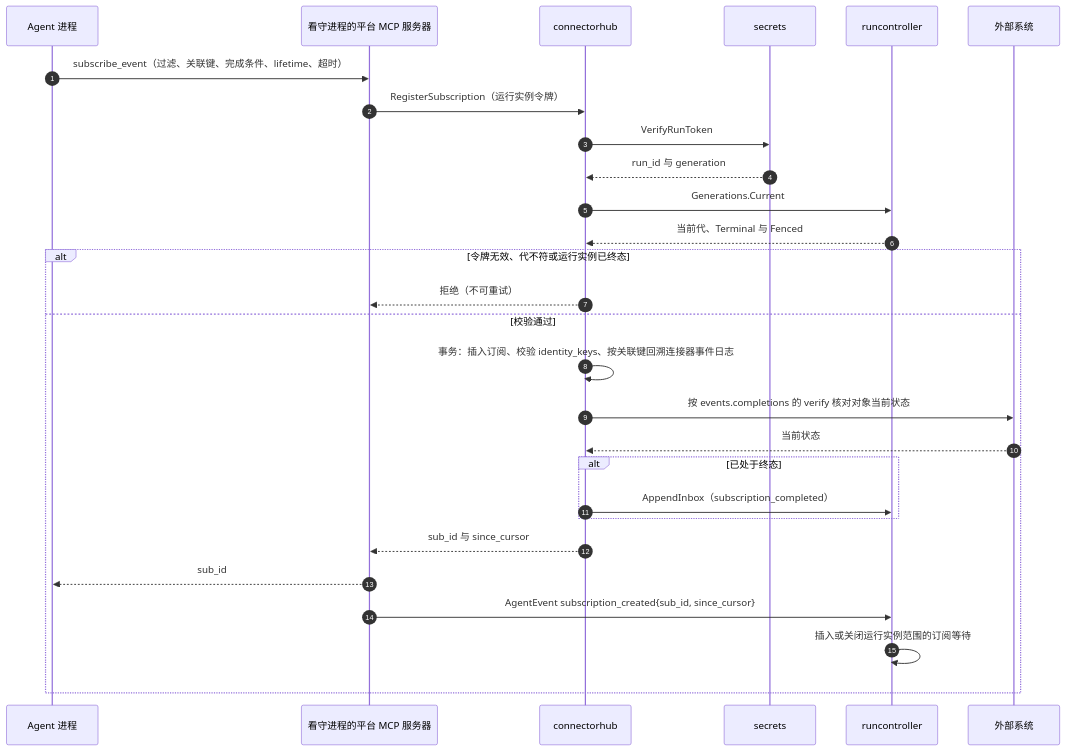
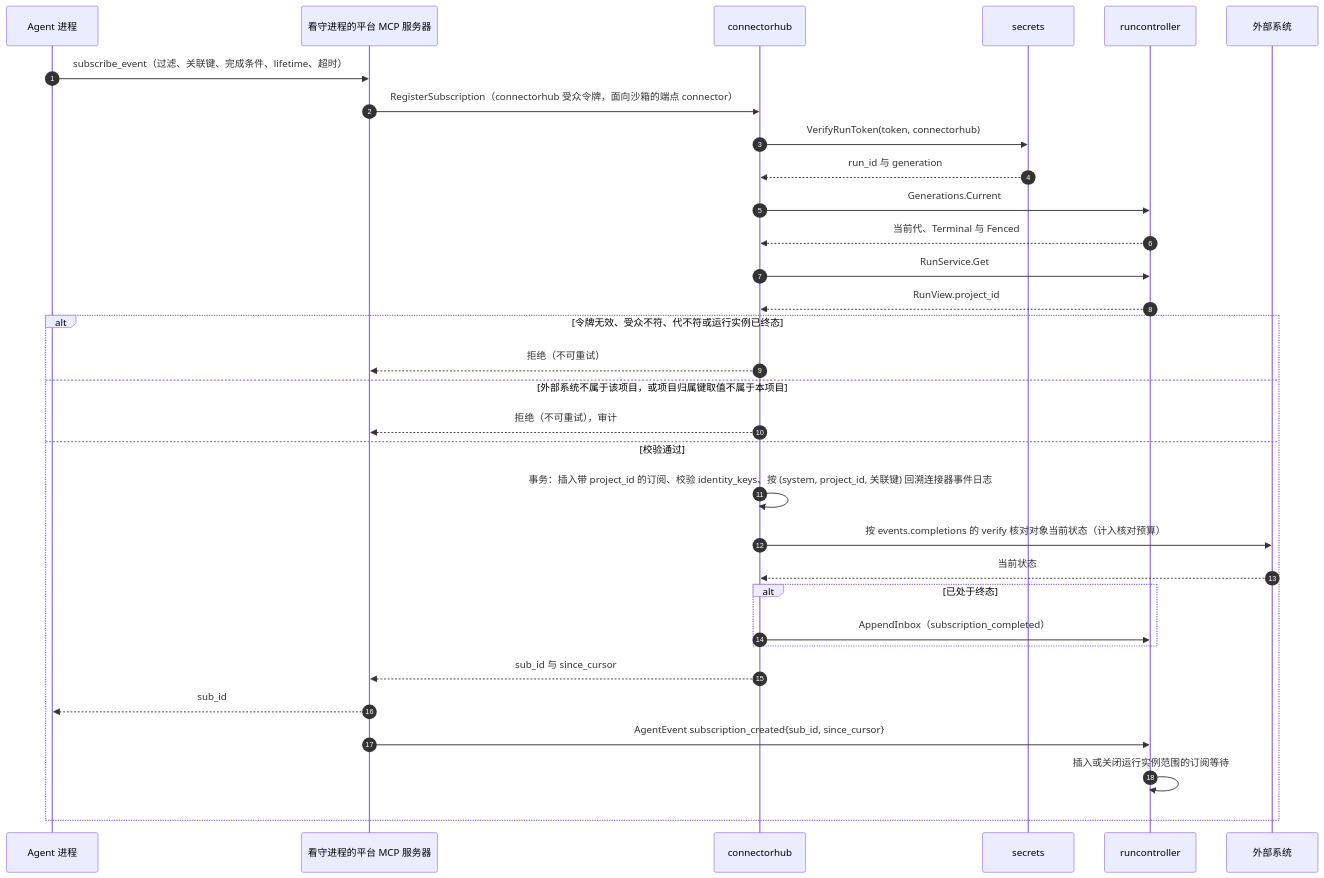
Before and after one commit to wangzw/castworks: the second of 4 diagrams in docs/design/modules/connectorhub/design-connectorhub.md, drawn with Mermaid. The commit also changed other lines of this file and 29 other files, not shown here.

````diff
--- a/docs/design/modules/connectorhub/design-connectorhub.md
+++ b/docs/design/modules/connectorhub/design-connectorhub.md
@@ -433,30 +497,34 @@
 ```mermaid
 sequenceDiagram
     autonumber
     participant A as Agent 进程
     participant W as 看守进程的平台 MCP 服务器
     participant C as connectorhub
     participant S as secrets
     participant R as runcontroller
     participant X as 外部系统
     A->>W: subscribe_event（过滤、关联键、完成条件、lifetime、超时）
-    W->>C: RegisterSubscription（运行实例令牌）
-    C->>S: VerifyRunToken
+    W->>C: RegisterSubscription（connectorhub 受众令牌，面向沙箱的端点 connector）
+    C->>S: VerifyRunToken(token, connectorhub)
     S-->>C: run_id 与 generation
     C->>R: Generations.Current
     R-->>C: 当前代、Terminal 与 Fenced
-    alt 令牌无效、代不符或运行实例已终态
+    C->>R: RunService.Get
+    R-->>C: RunView.project_id
+    alt 令牌无效、受众不符、代不符或运行实例已终态
         C-->>W: 拒绝（不可重试）
+    else 外部系统不属于该项目，或项目归属键取值不属于本项目
+        C-->>W: 拒绝（不可重试），审计
     else 校验通过
-        C->>C: 事务：插入订阅、校验 identity_keys、按关联键回溯连接器事件日志
-        C->>X: 按 events.completions 的 verify 核对对象当前状态
+        C->>C: 事务：插入带 project_id 的订阅、校验 identity_keys、按 (system, project_id, 关联键) 回溯连接器事件日志
+        C->>X: 按 events.completions 的 verify 核对对象当前状态（计入核对预算）
         X-->>C: 当前状态
         alt 已处于终态
             C->>R: AppendInbox（subscription_completed）
         end
         C-->>W: sub_id 与 since_cursor
         W-->>A: sub_id
         W->>R: AgentEvent subscription_created{sub_id, since_cursor}
         R->>R: 插入或关闭运行实例范围的订阅等待
     end
 ```
````
